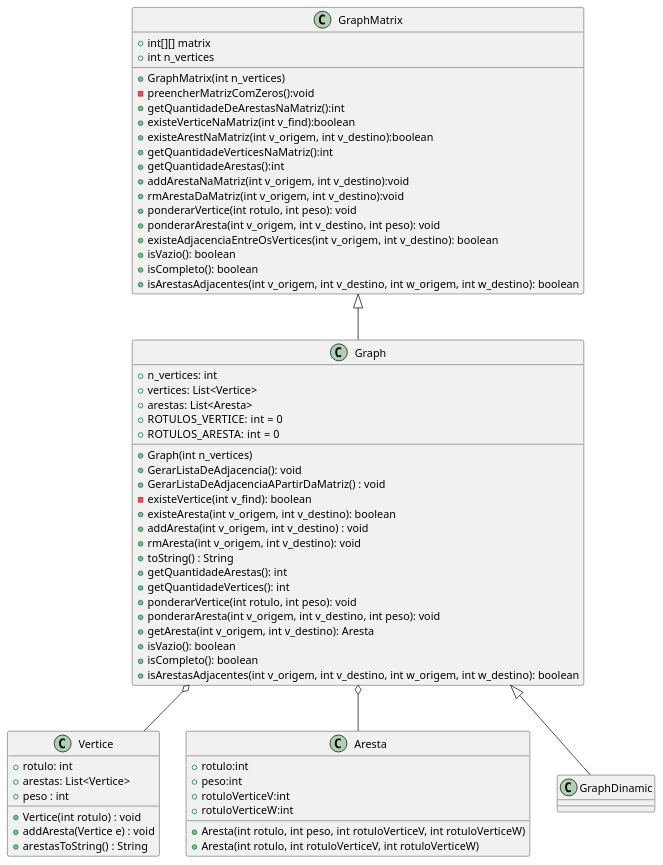
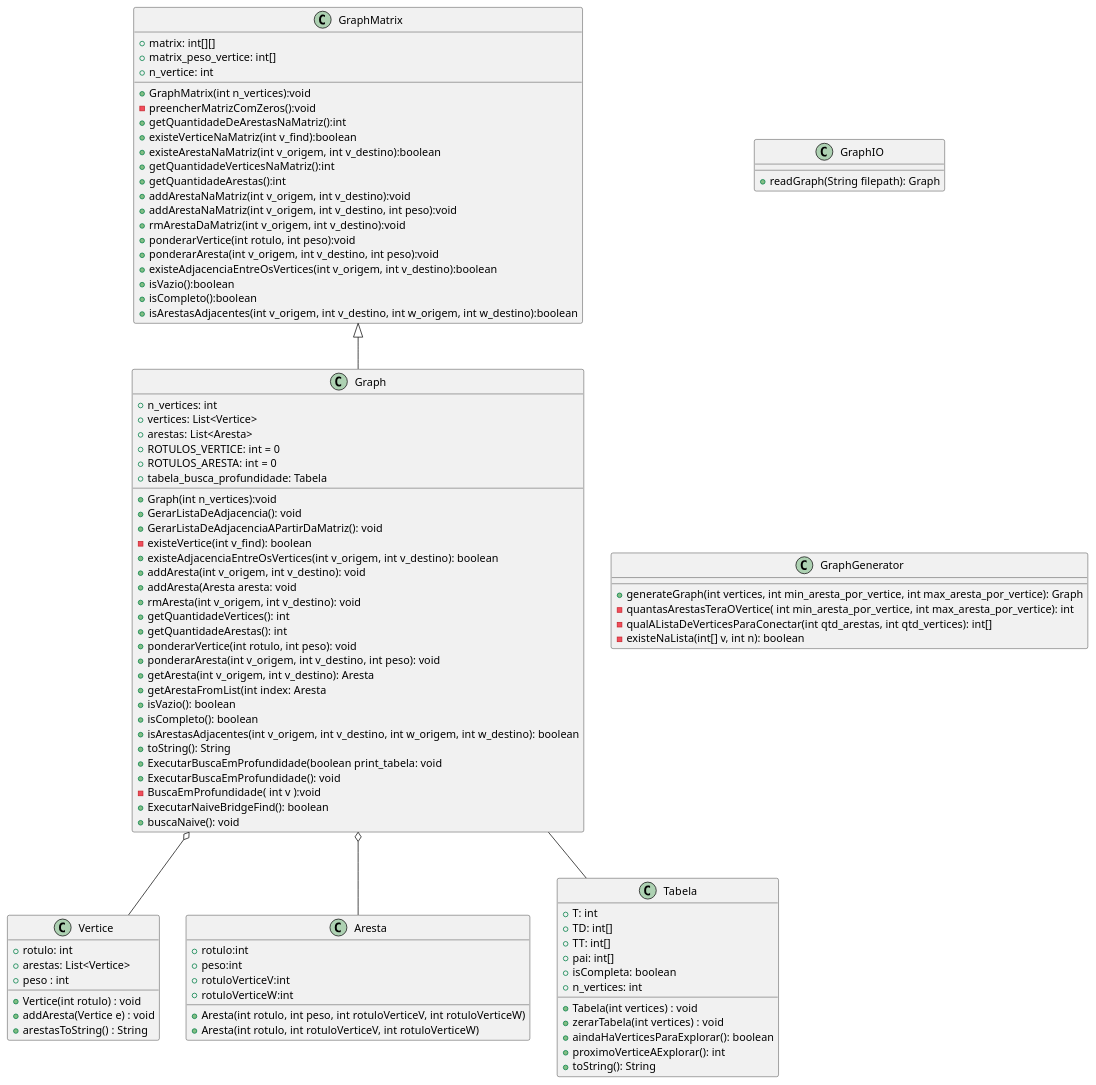
Before and after one commit to G4BR-13-L/grafos-trabalho-pratico: the diagram in Projeto/DiagramaDeClasse.plantuml, drawn with PlantUML. The commit also changed 3 other files, not shown here.

Commit message:
doc(digramas): Diagramas do sistema

```diff
--- a/Projeto/DiagramaDeClasse.plantuml
+++ b/Projeto/DiagramaDeClasse.plantuml
@@ -1,74 +1,105 @@
 @startuml Diagrama de Classe
 
 
 class GraphMatrix{
-    + int[][] matrix
-    + int n_vertices
-    + GraphMatrix(int n_vertices)
+    + matrix: int[][]
+    + matrix_peso_vertice: int[]
+    + n_vertice: int
+    + GraphMatrix(int n_vertices):void
     - preencherMatrizComZeros():void
     + getQuantidadeDeArestasNaMatriz():int
     + existeVerticeNaMatriz(int v_find):boolean
-    + existeArestNaMatriz(int v_origem, int v_destino):boolean
+    + existeArestaNaMatriz(int v_origem, int v_destino):boolean
     + getQuantidadeVerticesNaMatriz():int
     + getQuantidadeArestas():int
     + addArestaNaMatriz(int v_origem, int v_destino):void
+    + addArestaNaMatriz(int v_origem, int v_destino, int peso):void
     + rmArestaDaMatriz(int v_origem, int v_destino):void
-    + ponderarVertice(int rotulo, int peso): void
-    + ponderarAresta(int v_origem, int v_destino, int peso): void
-    + existeAdjacenciaEntreOsVertices(int v_origem, int v_destino): boolean
-    + isVazio(): boolean
-    + isCompleto(): boolean
-    + isArestasAdjacentes(int v_origem, int v_destino, int w_origem, int w_destino): boolean
+    + ponderarVertice(int rotulo, int peso):void
+    + ponderarAresta(int v_origem, int v_destino, int peso):void
+    + existeAdjacenciaEntreOsVertices(int v_origem, int v_destino):boolean
+    + isVazio():boolean
+    + isCompleto():boolean
+    + isArestasAdjacentes(int v_origem, int v_destino, int w_origem, int w_destino):boolean
 }
 
 class Graph{
     + n_vertices: int
     + vertices: List<Vertice>
     + arestas: List<Aresta>
-    + ROTULOS_VERTICE: int  = 0
-    + ROTULOS_ARESTA: int  = 0
-    + Graph(int n_vertices)
+    + ROTULOS_VERTICE: int = 0
+    + ROTULOS_ARESTA: int = 0
+    + tabela_busca_profundidade: Tabela
+    + Graph(int n_vertices):void
     + GerarListaDeAdjacencia(): void
-    + GerarListaDeAdjacenciaAPartirDaMatriz() : void
+    + GerarListaDeAdjacenciaAPartirDaMatriz(): void
     - existeVertice(int v_find): boolean
-    + existeAresta(int v_origem, int v_destino): boolean
-    + addAresta(int v_origem, int v_destino) : void
+    + existeAdjacenciaEntreOsVertices(int v_origem, int v_destino): boolean
+    + addAresta(int v_origem, int v_destino): void
+    + addAresta(Aresta aresta: void
     + rmAresta(int v_origem, int v_destino): void
-    + toString() : String
+    + getQuantidadeVertices(): int
     + getQuantidadeArestas(): int
-    + getQuantidadeVertices(): int
     + ponderarVertice(int rotulo, int peso): void
     + ponderarAresta(int v_origem, int v_destino, int peso): void
     + getAresta(int v_origem, int v_destino): Aresta
+    + getArestaFromList(int index: Aresta
     + isVazio(): boolean
     + isCompleto(): boolean
     + isArestasAdjacentes(int v_origem, int v_destino, int w_origem, int w_destino): boolean
+    + toString(): String
+    + ExecutarBuscaEmProfundidade(boolean print_tabela: void
+    + ExecutarBuscaEmProfundidade(): void
+    - BuscaEmProfundidade( int v ):void
+    + ExecutarNaiveBridgeFind(): boolean
+    + buscaNaive(): void
+
 }
 class Vertice {
     + rotulo: int
     + arestas: List<Vertice>
     + peso : int
     + Vertice(int rotulo) : void
     + addAresta(Vertice e) : void
     + arestasToString() : String
 }
 
 class Aresta {
     + rotulo:int
     + peso:int
     + rotuloVerticeV:int
     + rotuloVerticeW:int
     + Aresta(int rotulo, int peso, int rotuloVerticeV, int rotuloVerticeW)
     + Aresta(int rotulo, int rotuloVerticeV, int rotuloVerticeW)
 }
 
-class GraphDinamic{
-
+class Tabela {
+    +  T: int
+    +  TD: int[]
+    +  TT: int[]
+    +  pai: int[]
+    +  isCompleta: boolean
+    +  n_vertices: int
+    + Tabela(int vertices) : void
+    +  zerarTabela(int vertices) : void
+    +  aindaHaVerticesParaExplorar(): boolean
+    +  proximoVerticeAExplorar(): int
+    +  toString(): String
+}
+class GraphIO{
+    + readGraph(String filepath): Graph
+}
+class GraphGenerator{
+    +  generateGraph(int vertices, int min_aresta_por_vertice, int max_aresta_por_vertice): Graph
+    - quantasArestasTeraOVertice( int min_aresta_por_vertice, int max_aresta_por_vertice): int
+    - qualAListaDeVerticesParaConectar(int qtd_arestas, int qtd_vertices): int[]
+    - existeNaLista(int[] v, int n): boolean
 }
 
 GraphMatrix <|-- Graph
-Graph <|-- GraphDinamic
 Graph o-- Aresta
 Graph o-- Vertice
+Graph -- Tabela
+GraphIO -[hidden]- GraphGenerator
 
 @enduml
```
